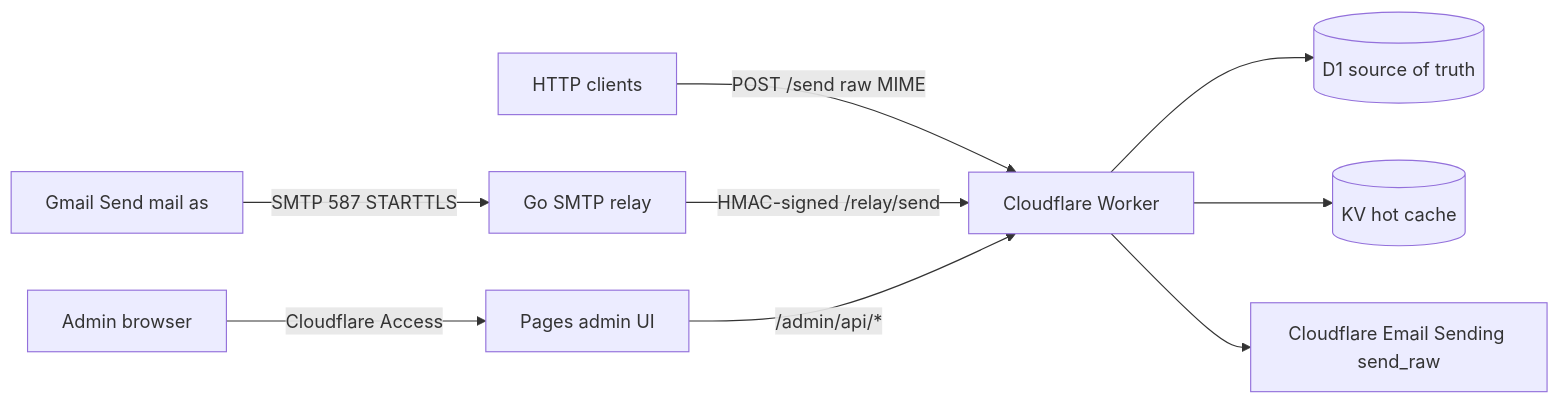
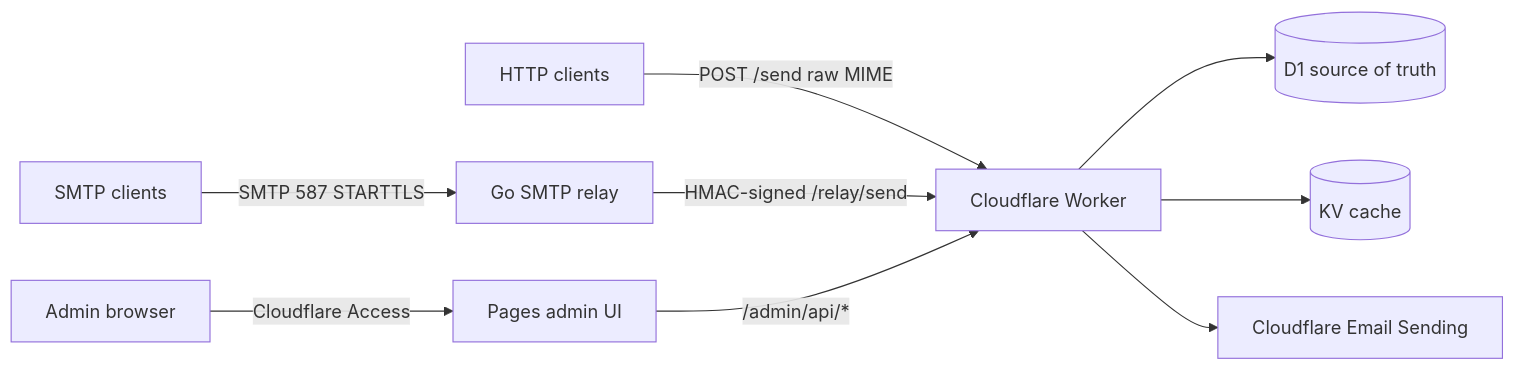
Before and after one commit to alexlmiller/cf-mail-relay: the diagram in README.md, drawn with Mermaid. The commit also changed other lines of this file and 63 other files, not shown here.

````diff
--- a/README.md
+++ b/README.md
@@ -8,11 +13,11 @@
 ```mermaid
 flowchart LR
-  Gmail[Gmail Send mail as] -->|SMTP 587 STARTTLS| Relay[Go SMTP relay]
+  SMTP[SMTP clients] -->|SMTP 587 STARTTLS| Relay[Go SMTP relay]
   Apps[HTTP clients] -->|POST /send raw MIME| Worker[Cloudflare Worker]
   Relay -->|HMAC-signed /relay/send| Worker
   Admin[Admin browser] -->|Cloudflare Access| Pages[Pages admin UI]
   Pages -->|/admin/api/*| Worker
   Worker --> D1[(D1 source of truth)]
-  Worker --> KV[(KV hot cache)]
-  Worker --> CFEmail[Cloudflare Email Sending send_raw]
+  Worker --> KV[(KV cache)]
+  Worker --> Email[Cloudflare Email Sending]
 ```
````
